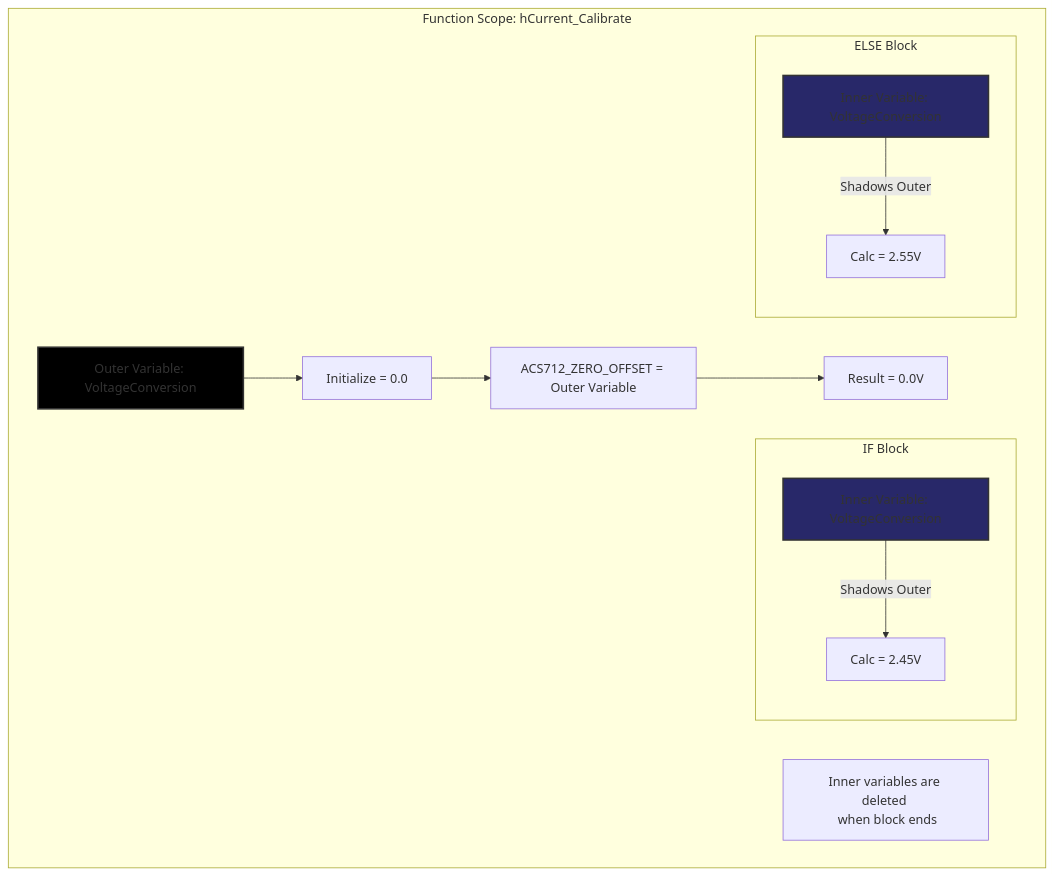
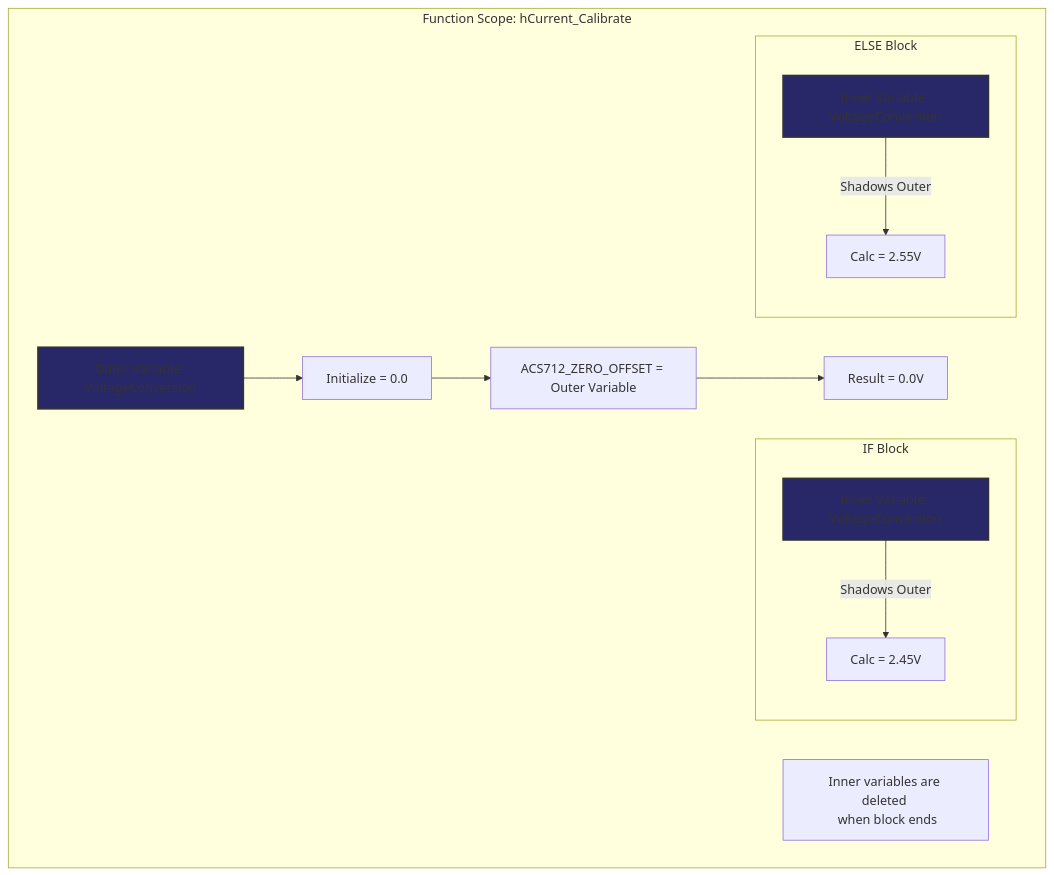
The diagram in Doc/Embedded/New/06_ImplementationDoc/Bugs/FixTasks/Task02_Fix_Current_Sensor_Variable_Shadowing.md (Gestell-Solution/Smart_Energy_Management_System), drawn with Mermaid before and after one commit.

Commit message:
Fix variable shadowing in current sensor documentation

````diff
--- a/Doc/Embedded/New/06_ImplementationDoc/Bugs/FixTasks/Task02_Fix_Current_Sensor_Variable_Shadowing.md
+++ b/Doc/Embedded/New/06_ImplementationDoc/Bugs/FixTasks/Task02_Fix_Current_Sensor_Variable_Shadowing.md
@@ -88,33 +88,33 @@
 ```mermaid
 graph TB
     subgraph "Function Scope: hCurrent_Calibrate"
         Outer[Outer Variable: VoltageConversion]
         Init[Initialize = 0.0]
 
         Outer --> Init
 
         subgraph "IF Block"
             Inner1[Inner Variable: VoltageConversion]
             Calc1[Calc = 2.45V]
             Inner1 -->|Shadows Outer| Calc1
         end
 
         subgraph "ELSE Block"
             Inner2[Inner Variable: VoltageConversion]
             Calc2[Calc = 2.55V]
             Inner2 -->|Shadows Outer| Calc2
         end
 
         FinalAssign[ACS712_ZERO_OFFSET = Outer Variable]
         Result[Result = 0.0V]
 
         Note1[Inner variables are deleted <br/> when block ends]
 
         Init --> FinalAssign
         FinalAssign --> Result
     end
 
     style Inner1 fill:#282869,stroke:#333,stroke-width:2px
     style Inner2 fill:#282869,stroke:#333,stroke-width:2px
-    style Outer fill:#000000,stroke:#333,stroke-width:2px
+    style Outer fill:#282869,stroke:#333,stroke-width:2px
 ```
````
